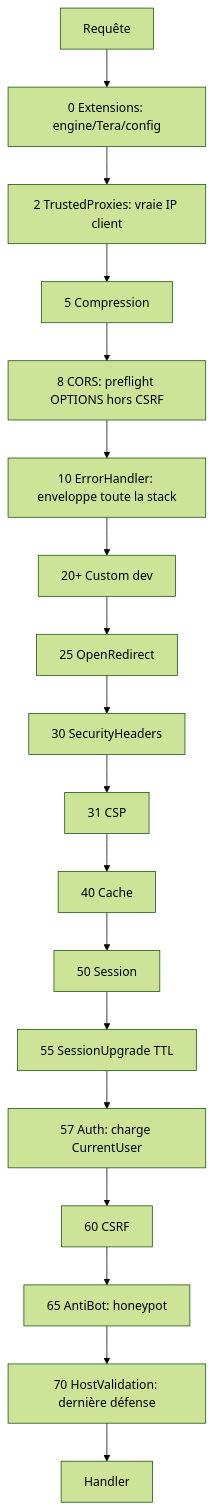
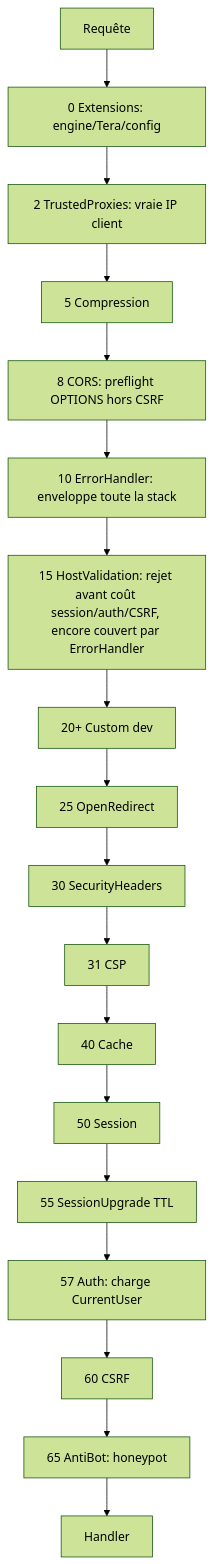
Before and after one commit to seb-alliot/runique: the second of 2 diagrams in diagramme/uml/app/builder-staging.md, drawn with Mermaid (forest theme). The commit also changed other lines of this file and 19 other files, not shown here.

````diff
--- a/diagramme/uml/app/builder-staging.md
+++ b/diagramme/uml/app/builder-staging.md
@@ -52,20 +52,20 @@
 ```mermaid
 flowchart TB
     R[Requête] --> S0[0 Extensions: engine/Tera/config]
     S0 --> S2[2 TrustedProxies: vraie IP client]
     S2 --> S5[5 Compression]
     S5 --> S8[8 CORS: preflight OPTIONS hors CSRF]
     S8 --> S10[10 ErrorHandler: enveloppe toute la stack]
-    S10 --> S20[20+ Custom dev]
+    S10 --> S15[15 HostValidation: rejet avant coût session/auth/CSRF, encore couvert par ErrorHandler]
+    S15 --> S20[20+ Custom dev]
     S20 --> S25[25 OpenRedirect]
     S25 --> S30[30 SecurityHeaders]
     S30 --> S31[31 CSP]
     S31 --> S40[40 Cache]
     S40 --> S50[50 Session]
     S50 --> S55[55 SessionUpgrade TTL]
     S55 --> S57[57 Auth: charge CurrentUser]
     S57 --> S60[60 CSRF]
     S60 --> S65[65 AntiBot: honeypot]
-    S65 --> S70[70 HostValidation: dernière défense]
-    S70 --> H[Handler]
+    S65 --> H[Handler]
 ```
````
